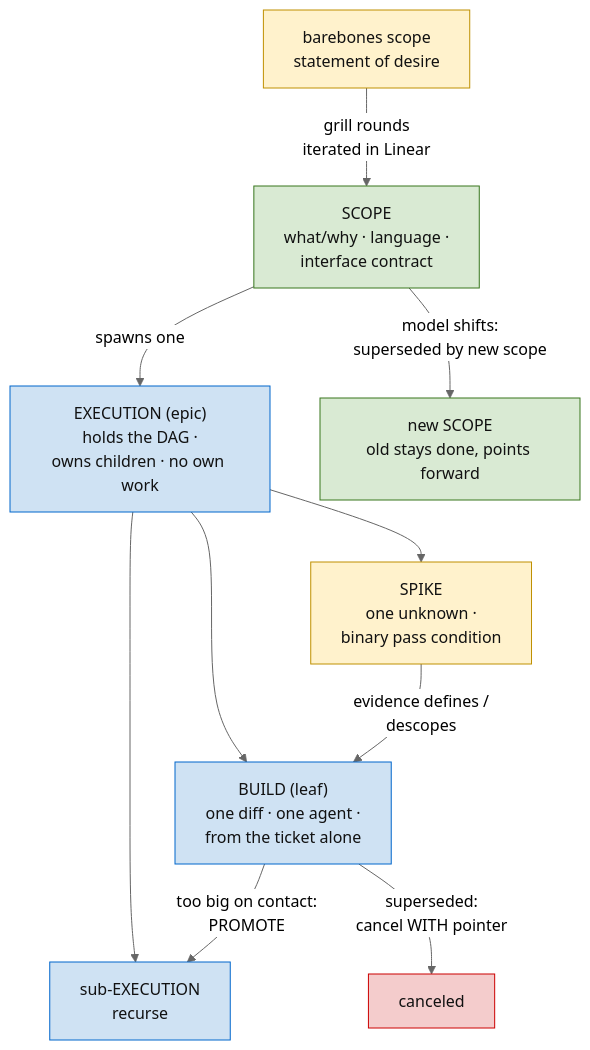
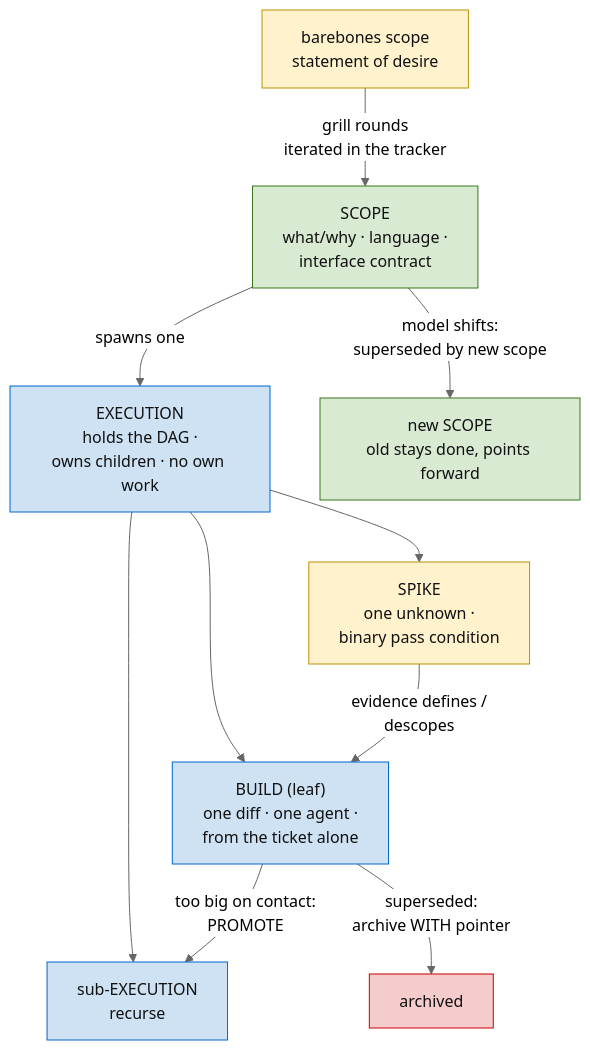
The first of 2 diagrams in skills/methodology/SKILL.md (hypermemetic-ai/skills), drawn with Mermaid (neutral theme) before and after one commit. The commit also changed other lines of this file and 19 other files, not shown here.

````diff
--- a/skills/methodology/SKILL.md
+++ b/skills/methodology/SKILL.md
@@ -17,20 +17,21 @@
 ```mermaid
 graph TD
-  IDEA["barebones scope<br/>statement of desire"] -->|"grill rounds<br/>iterated in Linear"| SCOPE
+  IDEA["barebones scope<br/>statement of desire"] -->|"grill rounds<br/>iterated in the tracker"| SCOPE
   SCOPE["SCOPE<br/>what/why · language ·<br/>interface contract"] -->|"spawns one"| EXEC
-  EXEC["EXECUTION (epic)<br/>holds the DAG ·<br/>owns children · no own work"] --> SPIKE["SPIKE<br/>one unknown ·<br/>binary pass condition"]
+  EXEC["EXECUTION<br/>holds the DAG ·<br/>owns children · no own work"] --> SPIKE["SPIKE<br/>one unknown ·<br/>binary pass condition"]
   EXEC --> BUILD["BUILD (leaf)<br/>one diff · one agent ·<br/>from the ticket alone"]
   EXEC --> SUB["sub-EXECUTION<br/>recurse"]
   SPIKE -->|"evidence defines /<br/>descopes"| BUILD
   BUILD -->|"too big on contact:<br/>PROMOTE"| SUB
-  BUILD -->|"superseded:<br/>cancel WITH pointer"| CXL["canceled"]
+  BUILD -->|"superseded:<br/>archive WITH pointer"| CXL["archived"]
   SCOPE -->|"model shifts:<br/>superseded by new scope"| SCOPE2["new SCOPE<br/>old stays done, points forward"]
+  %% blocked-ness is not a node state — it is derived from dependency edges
   classDef canon fill:#d9ead3,stroke:#38761d,color:#111;
   classDef ex fill:#cfe2f3,stroke:#0066cc,color:#111;
   classDef f fill:#fff2cc,stroke:#bf9000,color:#111;
   classDef x fill:#f4cccc,stroke:#cc0000,color:#111;
   class SCOPE,SCOPE2 canon;
   class EXEC,SUB,BUILD ex;
   class IDEA,SPIKE f;
   class CXL x;
 ```
````
